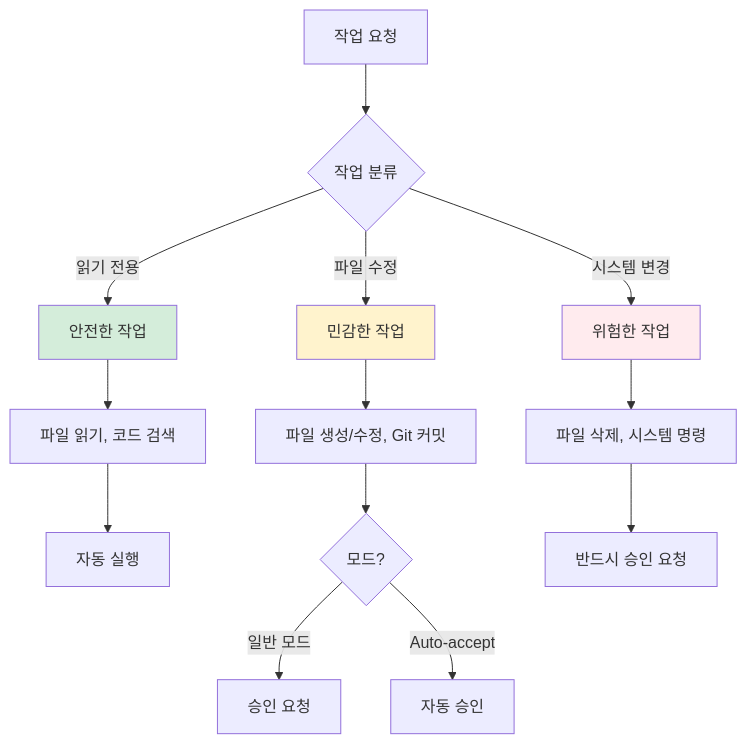
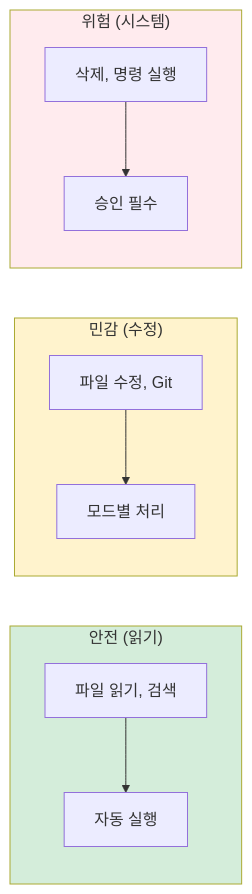
The fifth of 6 diagrams in appendix-a/A01.md (Kanghyeop/pages-book-agent101), drawn with Mermaid before and after one commit. The commit also changed other lines of this file and 2 other files, not shown here.

First line of the commit message:
Mermaid TD→LR 동기화 + 네비게이션 스크립트 개선

````diff
--- a/appendix-a/A01.md
+++ b/appendix-a/A01.md
@@ -255,23 +252,18 @@
 ```mermaid
-flowchart TD
-    Task[작업 요청] --> Check{작업 분류}
+flowchart LR
+    subgraph Safe["안전 (읽기)"]
+        S1["파일 읽기, 검색"] --> S2["자동 실행"]
+    end
 
-    Check -->|읽기 전용| Safe[안전한 작업]
-    Check -->|파일 수정| Medium[민감한 작업]
-    Check -->|시스템 변경| Danger[위험한 작업]
+    subgraph Medium["민감 (수정)"]
+        M1["파일 수정, Git"] --> M2["모드별 처리"]
+    end
 
-    Safe --> SafeList["파일 읽기, 코드 검색"]
-    Medium --> MediumList["파일 생성/수정, Git 커밋"]
-    Danger --> DangerList["파일 삭제, 시스템 명령"]
-
-    SafeList --> AutoSafe[자동 실행]
-    MediumList --> ModeCheck{모드?}
-    DangerList --> AlwaysAsk[반드시 승인 요청]
-
-    ModeCheck -->|일반 모드| AskMedium[승인 요청]
-    ModeCheck -->|Auto-accept| AutoMedium[자동 승인]
+    subgraph Danger["위험 (시스템)"]
+        D1["삭제, 명령 실행"] --> D2["승인 필수"]
+    end
 
     style Safe fill:#D4EDDA
     style Medium fill:#FFF3CD
     style Danger fill:#FFEBEE
 ```
````
